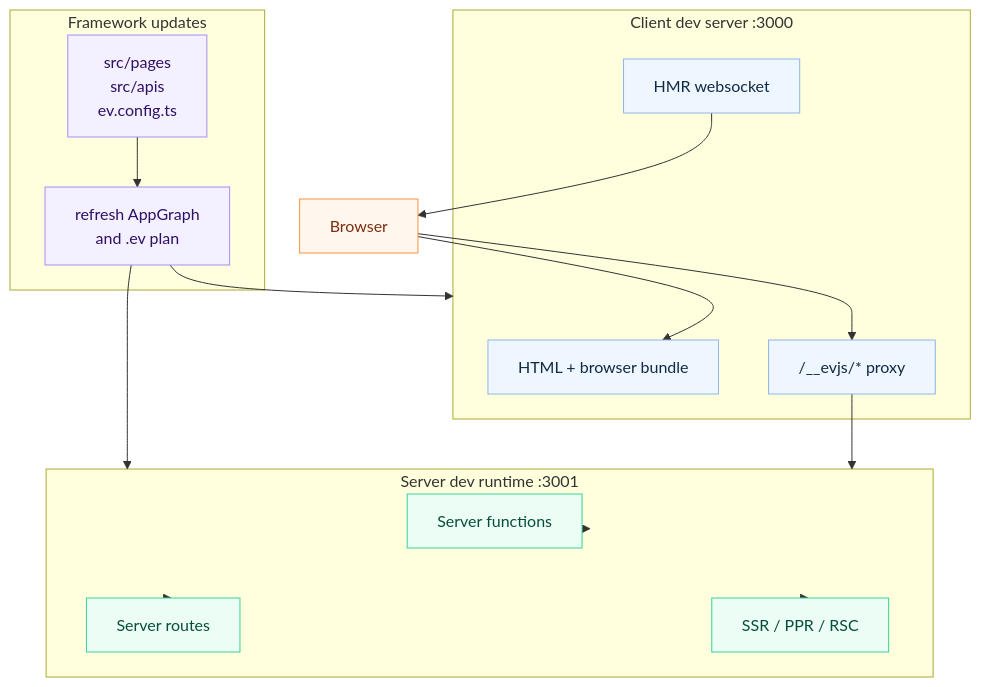
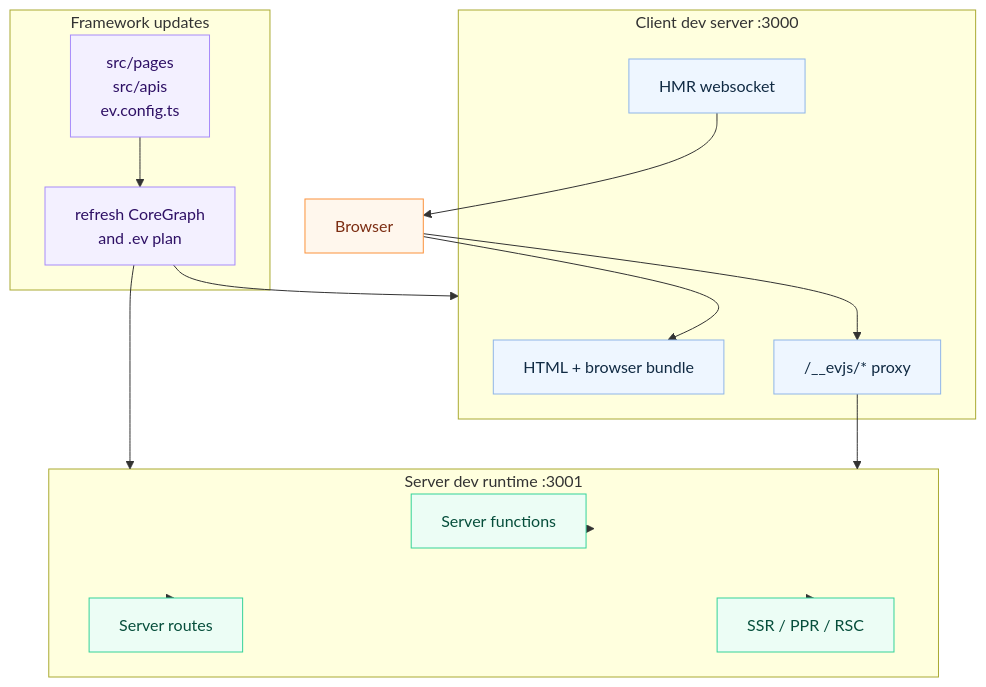
One commit to afx-team/evjs changed the diagram in docs/docs/dev.md. Above: the diagram before and after it, drawn with Mermaid. The commit also changed other lines of this file and 270 other files, not shown here.

````diff
--- a/docs/docs/dev.md
+++ b/docs/docs/dev.md
@@ -55,40 +55,40 @@
 ```mermaid
 flowchart TB
   Browser["Browser"]
 
   subgraph ClientSide["Client dev server :3000"]
     HTML["HTML + browser bundle"]
     HMR["HMR websocket"]
     Proxy["/__evjs/* proxy"]
   end
 
   subgraph ServerSide["Server dev runtime :3001"]
     Functions["Server functions"]
     Routes["Server routes"]
     Rendering["SSR / PPR / RSC"]
   end
 
   subgraph Updates["Framework updates"]
     Files["src/pages\nsrc/apis\nev.config.ts"]
-    Plan["refresh AppGraph\nand .ev plan"]
+    Plan["refresh CoreGraph\nand .ev plan"]
   end
 
   Browser --> HTML
   HMR --> Browser
   Browser --> Proxy --> ServerSide
   ServerSide --> Functions
   ServerSide --> Routes
   ServerSide --> Rendering
   Files --> Plan
   Plan --> ClientSide
   Plan --> ServerSide
 
   classDef browser fill:#fff7ed,stroke:#fb923c,color:#7c2d12;
   classDef client fill:#eef6ff,stroke:#8fb5e8,color:#102a43;
   classDef server fill:#ecfdf5,stroke:#34d399,color:#064e3b;
   classDef update fill:#f3f0ff,stroke:#a78bfa,color:#2e1065;
   class Browser browser;
   class HTML,HMR,Proxy client;
   class Functions,Routes,Rendering server;
   class Files,Plan update;
 ```
````
